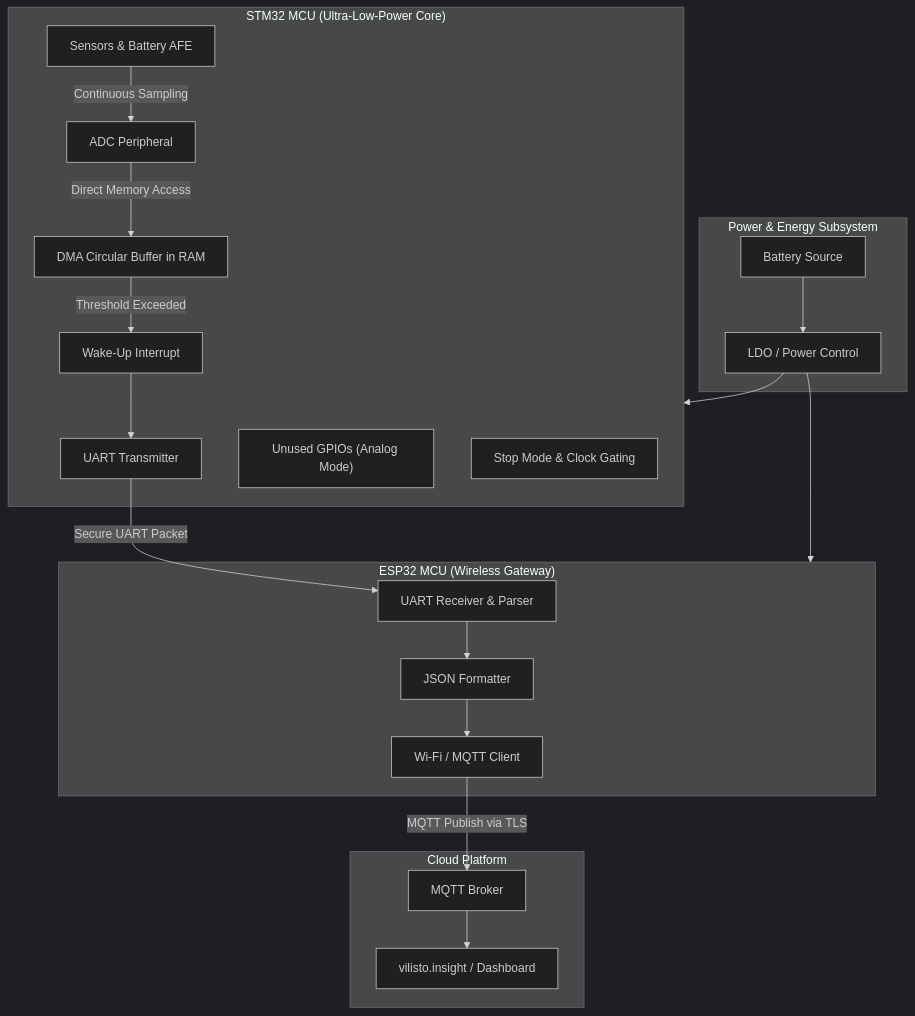
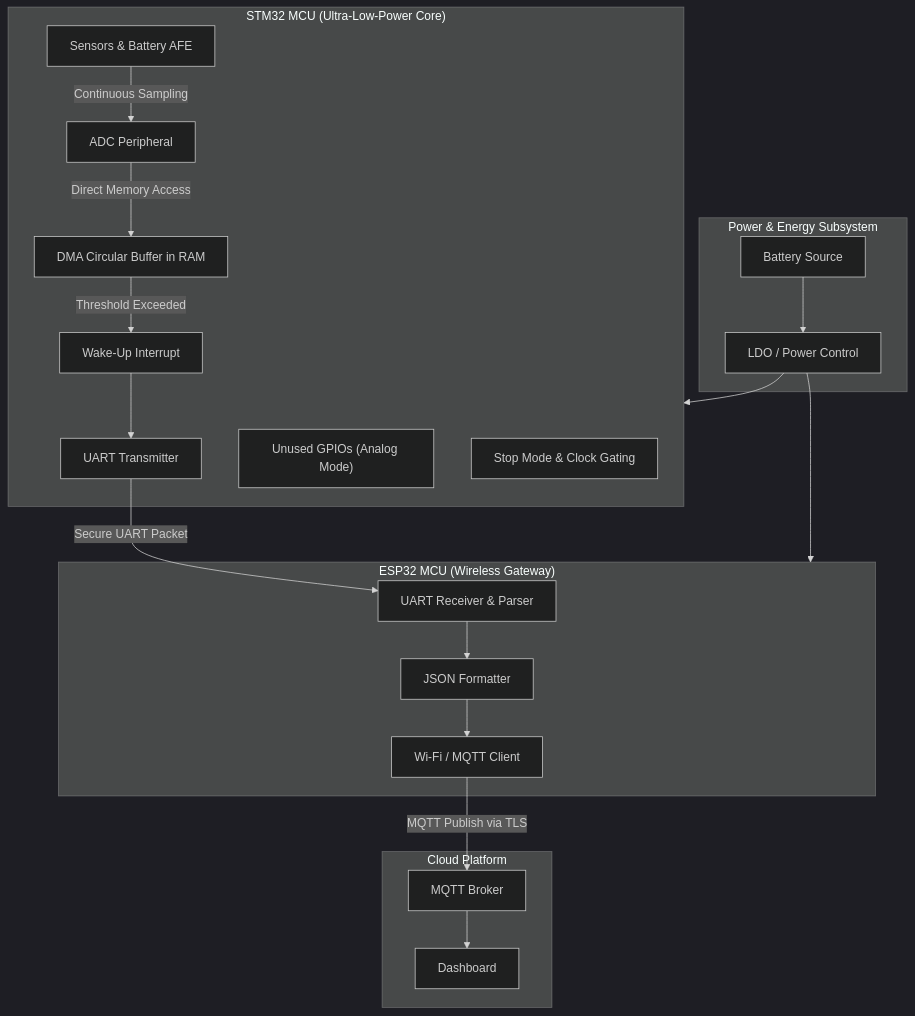
One commit to aaabdelaziz/Ultra-Low-Power-Dual-MCU-IoT-Node changed the diagram in README.md. Above: the diagram before and after it, drawn with Mermaid (dark theme). The commit also changed 1 other file, not shown here.

Commit message:
fix: Update readme files

````diff
--- a/README.md
+++ b/README.md
@@ -59,44 +59,44 @@
 ```mermaid
 graph TB
    subgraph Power_Supply ["Power & Energy Subsystem"]
       Battery["Battery Source"]
       Regulator["LDO / Power Control"]
    end
 
    subgraph STM32_Node ["STM32 MCU (Ultra-Low-Power Core)"]
       StopMode["Stop Mode & Clock Gating"]
       GPIO["Unused GPIOs (Analog Mode)"]
       Sensors["Sensors & Battery AFE"]
       ADC["ADC Peripheral"]
       DMA["DMA Circular Buffer in RAM"]
       WakeUp["Wake-Up Interrupt"]
       UART_TX["UART Transmitter"]
 
       Sensors -->|Continuous Sampling| ADC
       ADC -->|Direct Memory Access| DMA
       DMA -->|Threshold Exceeded| WakeUp
       WakeUp --> UART_TX
    end
 
    subgraph ESP32_Node ["ESP32 MCU (Wireless Gateway)"]
       UART_RX["UART Receiver & Parser"]
       JSON["JSON Formatter"]
       WiFi["Wi-Fi / MQTT Client"]
 
       UART_RX --> JSON
       JSON --> WiFi
    end
 
    subgraph Cloud_Infrastructure ["Cloud Platform"]
       Broker["MQTT Broker"]
-      Dashboard["vilisto.insight / Dashboard"]
+      Dashboard[" Dashboard"]
    end
 
    Battery --> Regulator
    Regulator --> STM32_Node
    Regulator --> ESP32_Node
     
    UART_TX -->|Secure UART Packet| UART_RX
    WiFi -->|MQTT Publish via TLS| Broker
    Broker --> Dashboard
 ```
````
